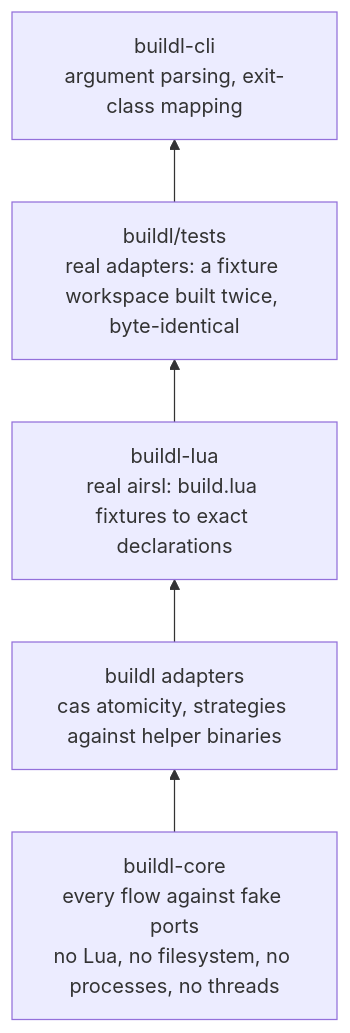
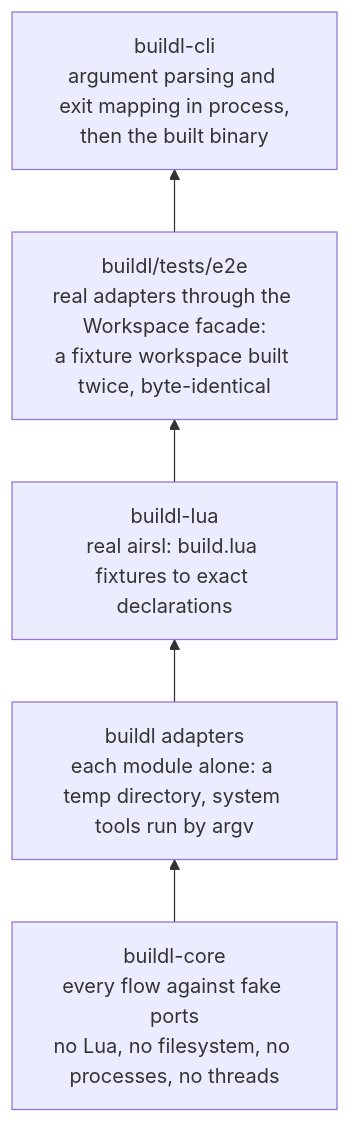
The sixth of 7 diagrams in docs/architecture-building-blocks.md (airsstack/buildl), drawn with Mermaid before and after one commit. The commit also changed other lines of this file and 220 other files, not shown here.

First line of the commit message:
The buildl adapters and CLI: milestone 1 done (#9)

````diff
--- a/docs/architecture-building-blocks.md
+++ b/docs/architecture-building-blocks.md
@@ -364,10 +459,10 @@
 ```mermaid
 %% Testing layers — the widest coverage at the bottom
 graph BT
     CORE["buildl-core<br/>every flow against fake ports<br/>no Lua, no filesystem, no processes, no threads"]
-    ADP["buildl adapters<br/>cas atomicity, strategies against helper binaries"]
+    ADP["buildl adapters<br/>each module alone: a temp directory, system tools run by argv"]
     LUA["buildl-lua<br/>real airsl: build.lua fixtures to exact declarations"]
-    E2E["buildl/tests<br/>real adapters: a fixture workspace built twice, byte-identical"]
-    CLIT["buildl-cli<br/>argument parsing, exit-class mapping"]
+    E2E["buildl/tests/e2e<br/>real adapters through the Workspace facade:<br/>a fixture workspace built twice, byte-identical"]
+    CLIT["buildl-cli<br/>argument parsing and exit mapping in process,<br/>then the built binary"]
     CORE --> ADP --> LUA --> E2E --> CLIT
 ```
````
